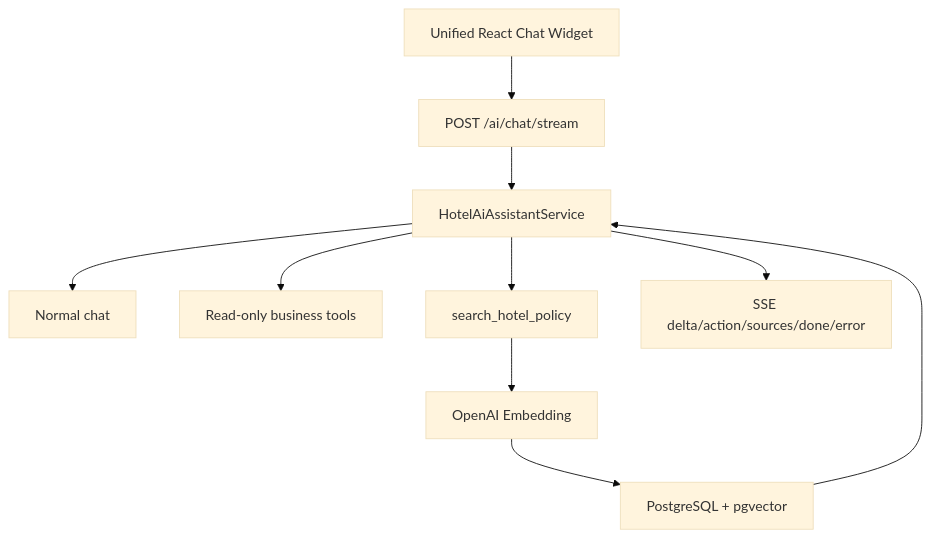
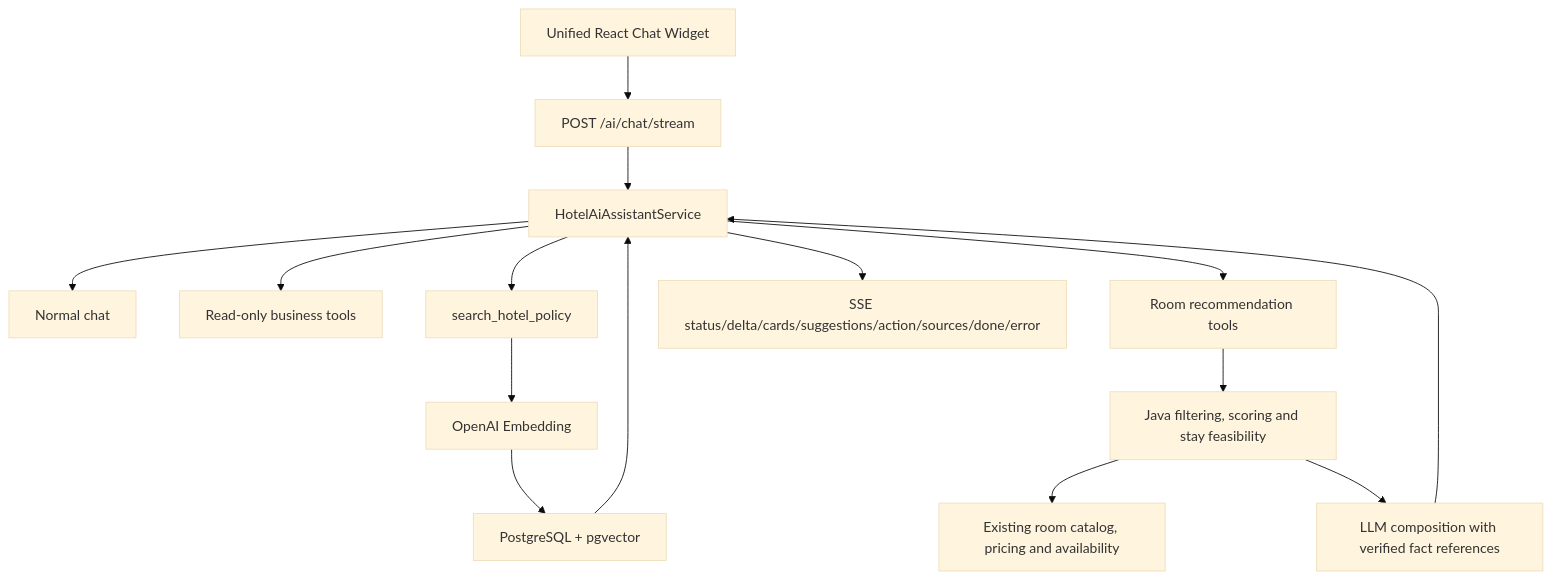
Before and after one commit to manhle11/hotel-booking-system: the diagram in docs/09-ai-integration.md, drawn with Mermaid (base theme). The commit also changed other lines of this file and 44 other files, not shown here.

````diff
--- a/docs/09-ai-integration.md
+++ b/docs/09-ai-integration.md
@@ -69,12 +67,17 @@
 ```mermaid
 flowchart TD
     A[Unified React Chat Widget] --> B[POST /ai/chat/stream]
     B --> C[HotelAiAssistantService]
     C --> D[Normal chat]
     C --> E[Read-only business tools]
     C --> F[search_hotel_policy]
     F --> G[OpenAI Embedding]
     G --> H[PostgreSQL + pgvector]
     H --> C
-    C --> I[SSE delta/action/sources/done/error]
+    C --> R[Room recommendation tools]
+    R --> J[Java filtering, scoring and stay feasibility]
+    J --> K[Existing room catalog, pricing and availability]
+    J --> L[LLM composition with verified fact references]
+    L --> C
+    C --> I[SSE status/delta/cards/suggestions/action/sources/done/error]
 ```
````
